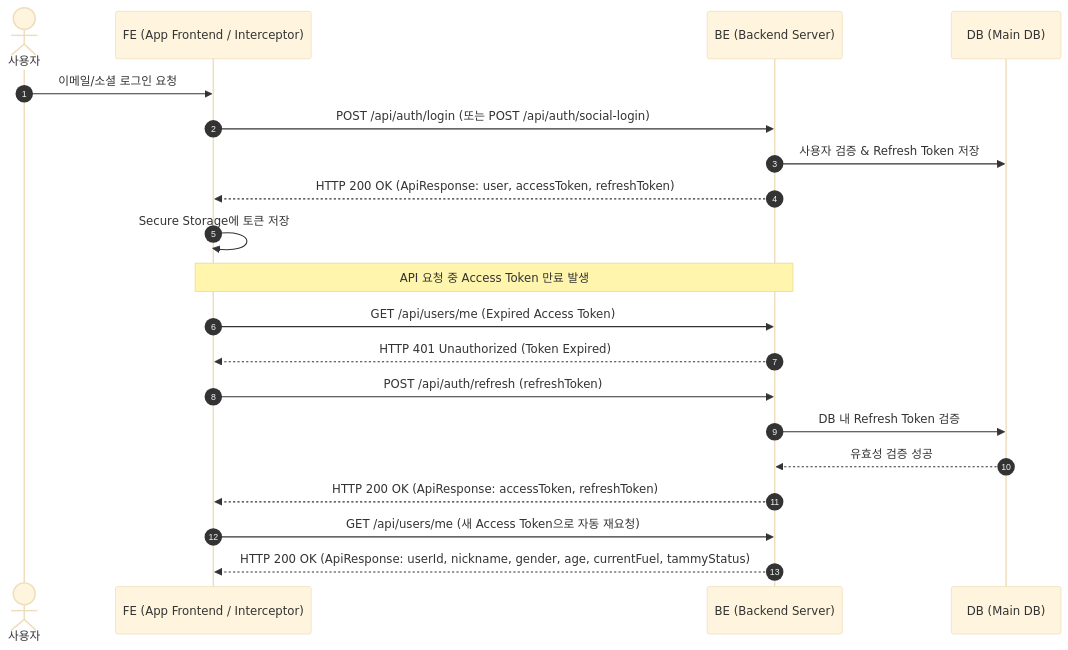
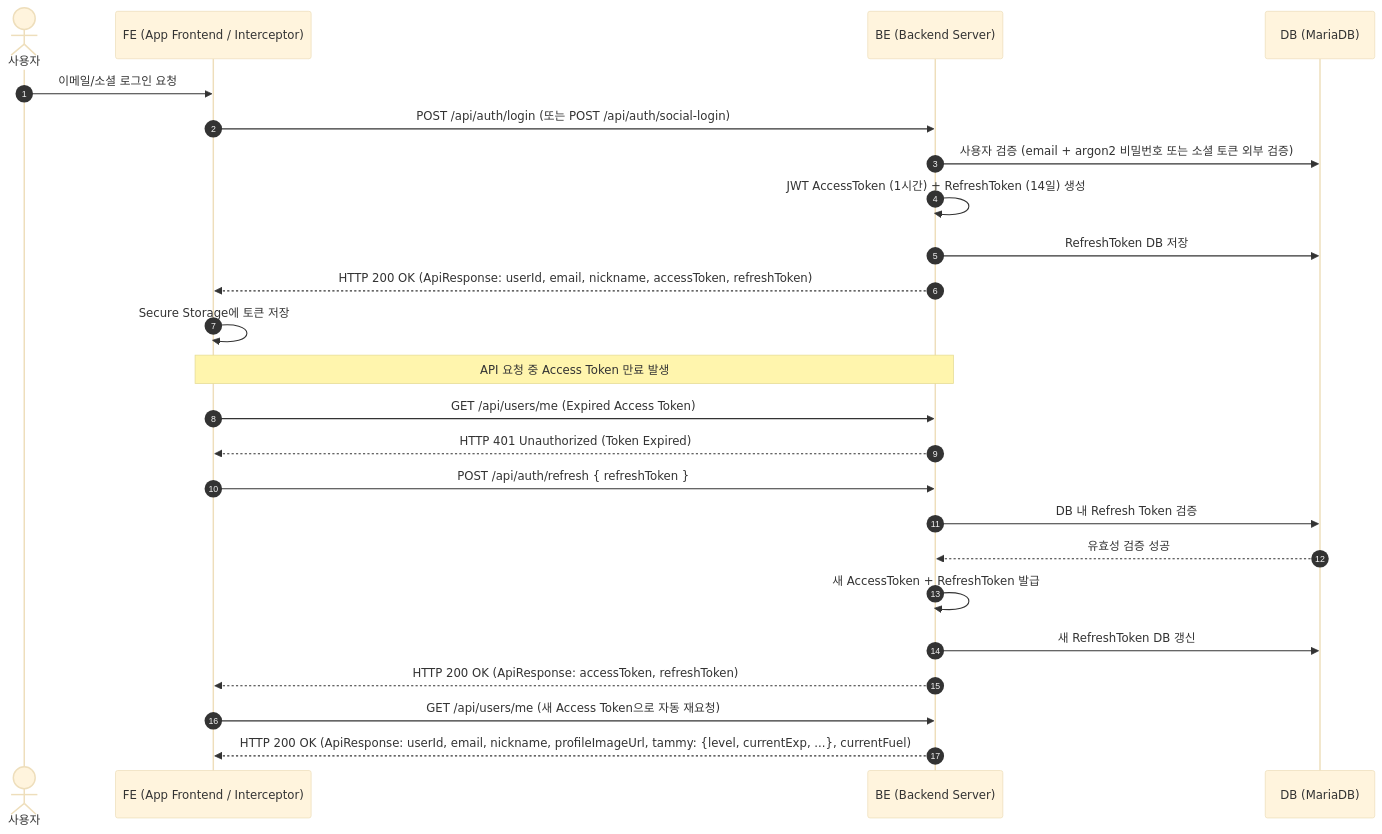
The eighth of 13 diagrams in docs/2. v3/4. Sequence Diagram.md (wooddang-gachon/NASA_backEnd), drawn with Mermaid (base theme) before and after one commit. The commit also changed other lines of this file and 67 other files, not shown here.

````diff
--- a/docs/2. v3/4. Sequence Diagram.md
+++ b/docs/2. v3/4. Sequence Diagram.md
@@ -220,25 +269,29 @@
 ```mermaid
 sequenceDiagram
     autonumber
     actor User as 사용자
     participant FE as FE (App Frontend / Interceptor)
     participant BE as BE (Backend Server)
-    participant DB as DB (Main DB)
+    participant DB as DB (MariaDB)
 
     User->>FE: 이메일/소셜 로그인 요청
     FE->>BE: POST /api/auth/login (또는 POST /api/auth/social-login)
-    BE->>DB: 사용자 검증 & Refresh Token 저장
-    BE-->>FE: HTTP 200 OK (ApiResponse: user, accessToken, refreshToken)
+    BE->>DB: 사용자 검증 (email + argon2 비밀번호 또는 소셜 토큰 외부 검증)
+    BE->>BE: JWT AccessToken (1시간) + RefreshToken (14일) 생성
+    BE->>DB: RefreshToken DB 저장
+    BE-->>FE: HTTP 200 OK (ApiResponse: userId, email, nickname, accessToken, refreshToken)
     FE->>FE: Secure Storage에 토큰 저장
 
     Note over FE, BE: API 요청 중 Access Token 만료 발생
     FE->>BE: GET /api/users/me (Expired Access Token)
     BE-->>FE: HTTP 401 Unauthorized (Token Expired)
-    
-    FE->>BE: POST /api/auth/refresh (refreshToken)
+
+    FE->>BE: POST /api/auth/refresh { refreshToken }
     BE->>DB: DB 내 Refresh Token 검증
     DB-->>BE: 유효성 검증 성공
+    BE->>BE: 새 AccessToken + RefreshToken 발급
+    BE->>DB: 새 RefreshToken DB 갱신
     BE-->>FE: HTTP 200 OK (ApiResponse: accessToken, refreshToken)
     FE->>BE: GET /api/users/me (새 Access Token으로 자동 재요청)
-    BE-->>FE: HTTP 200 OK (ApiResponse: userId, nickname, gender, age, currentFuel, tammyStatus)
+    BE-->>FE: HTTP 200 OK (ApiResponse: userId, email, nickname, profileImageUrl, tammy: {level, currentExp, ...}, currentFuel)
 ```
````
